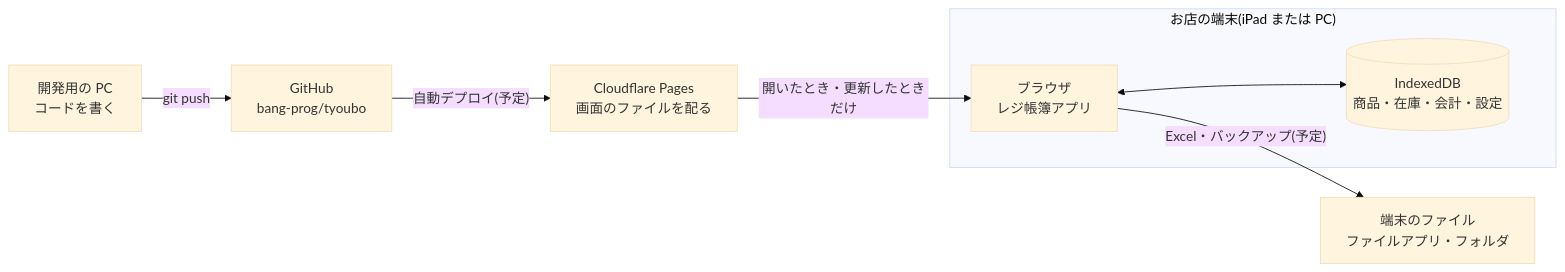
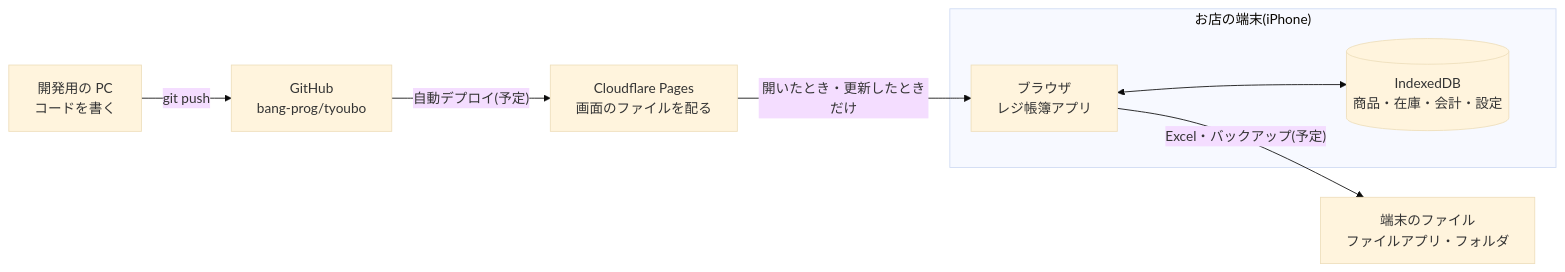
One commit to bang-prog/tyoubo changed the first of 4 diagrams in docs/architecture.md. Above: the diagram before and after it, drawn with Mermaid (base theme). The commit also changed other lines of this file and 17 other files, not shown here.

````diff
--- a/docs/architecture.md
+++ b/docs/architecture.md
@@ -14,14 +14,14 @@
 ```mermaid
 flowchart LR
   dev["開発用の PC<br/>コードを書く"] -- "git push" --> gh["GitHub<br/>bang-prog/tyoubo"]
   gh -- "自動デプロイ(予定)" --> cf["Cloudflare Pages<br/>画面のファイルを配る"]
 
-  subgraph device["お店の端末(iPad または PC)"]
+  subgraph device["お店の端末(iPhone)"]
     browser["ブラウザ<br/>レジ帳簿アプリ"]
     idb[("IndexedDB<br/>商品・在庫・会計・設定")]
     browser <--> idb
   end
 
   cf -- "開いたとき・更新したときだけ" --> browser
   browser -- "Excel・バックアップ(予定)" --> files["端末のファイル<br/>ファイルアプリ・フォルダ"]
 ```
````
